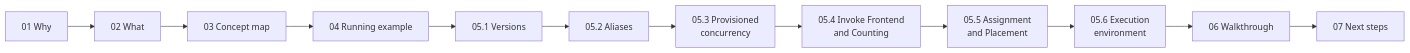
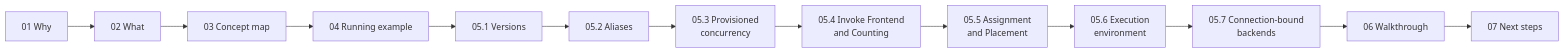
Before and after one commit to geekchow/aws-lambda-guide: the second of 2 diagrams in aws-lambda-guide/00-overview.md, drawn with Mermaid. The commit also changed other lines of this file and 16 other files, not shown here.

First line of the commit message:
Add deep dive 05.7: connection-bound backends (CloudHSM, databases)

````diff
--- a/aws-lambda-guide/00-overview.md
+++ b/aws-lambda-guide/00-overview.md
@@ -91,14 +92,15 @@
 ```mermaid
 flowchart LR
     A[01 Why] --> B[02 What]
     B --> C[03 Concept map]
     C --> D[04 Running example]
     D --> E1[05.1 Versions]
     E1 --> E2[05.2 Aliases]
     E2 --> E3[05.3 Provisioned<br/>concurrency]
     E3 --> E4[05.4 Invoke Frontend<br/>and Counting]
     E4 --> E5[05.5 Assignment<br/>and Placement]
     E5 --> E6[05.6 Execution<br/>environment]
-    E6 --> F[06 Walkthrough]
+    E6 --> E7[05.7 Connection-bound<br/>backends]
+    E7 --> F[06 Walkthrough]
     F --> G[07 Next steps]
 ```
````
